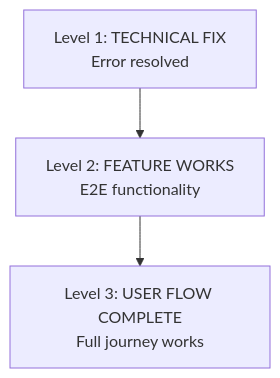
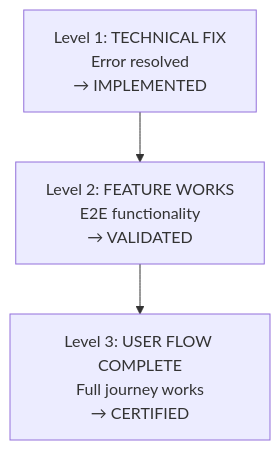
Before and after one commit to drlegreid/sarvaja: the diagram in docs/rules/leaf/WORKFLOW-SEQ-01-v1.md, drawn with Mermaid. The commit also changed other lines of this file and 18 other files, not shown here.

````diff
--- a/docs/rules/leaf/WORKFLOW-SEQ-01-v1.md
+++ b/docs/rules/leaf/WORKFLOW-SEQ-01-v1.md
@@ -19,6 +19,6 @@
 ```mermaid
 flowchart TD
-    L1["Level 1: TECHNICAL FIX<br/>Error resolved"] --> L2
-    L2["Level 2: FEATURE WORKS<br/>E2E functionality"] --> L3
-    L3["Level 3: USER FLOW COMPLETE<br/>Full journey works"]
+    L1["Level 1: TECHNICAL FIX<br/>Error resolved<br/>→ IMPLEMENTED"] --> L2
+    L2["Level 2: FEATURE WORKS<br/>E2E functionality<br/>→ VALIDATED"] --> L3
+    L3["Level 3: USER FLOW COMPLETE<br/>Full journey works<br/>→ CERTIFIED"]
 ```
````
